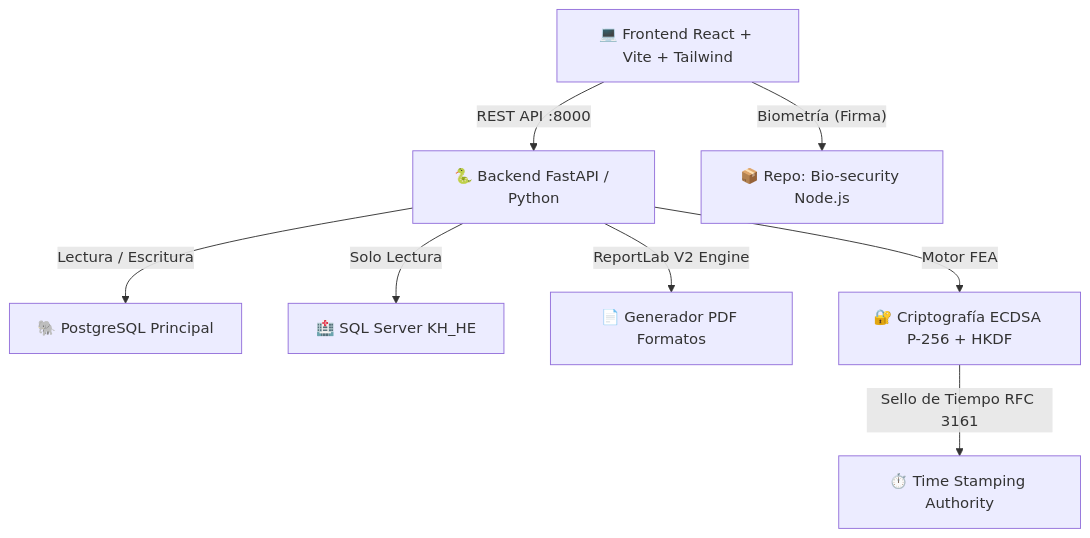
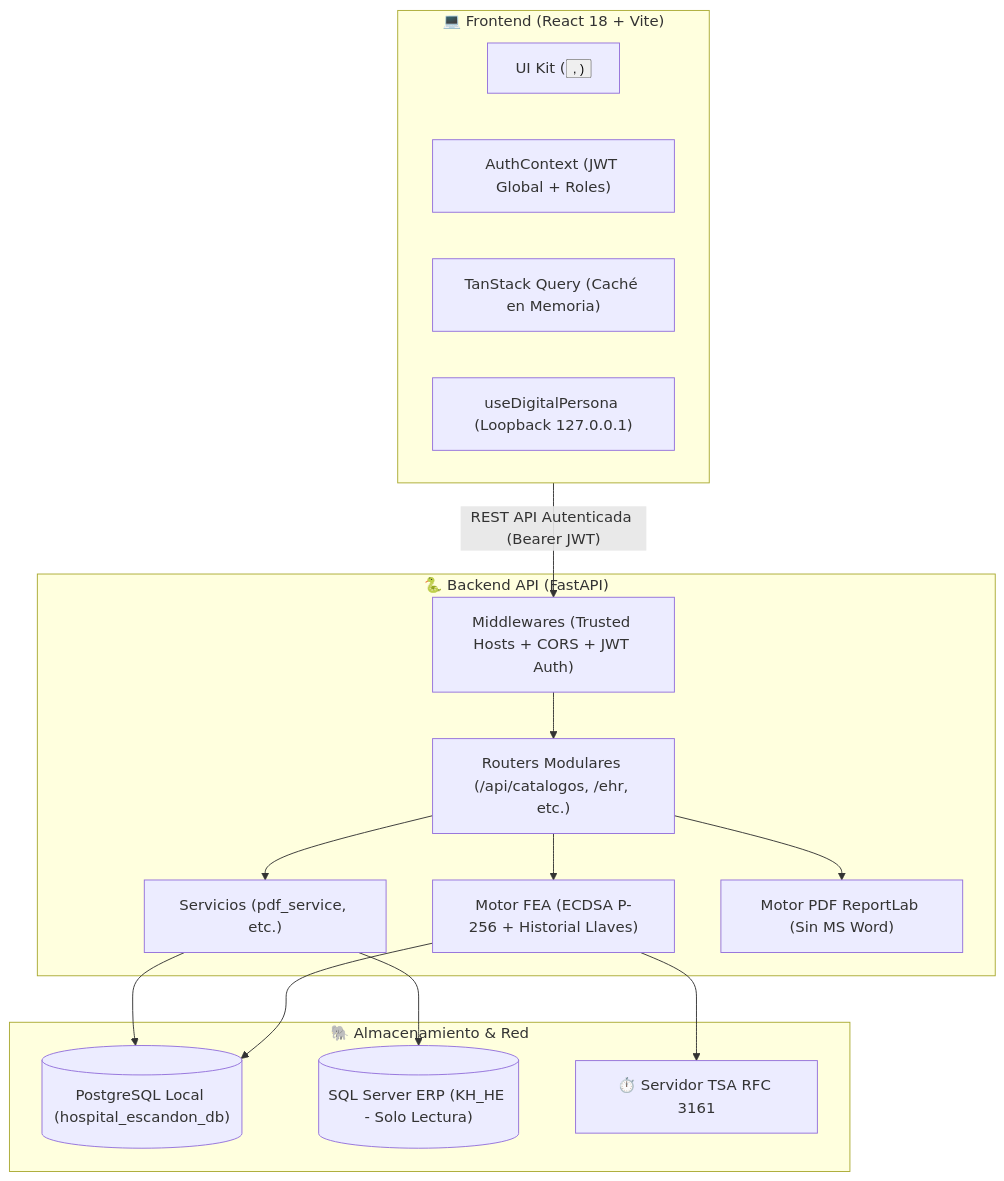
Before and after one commit to TeruIshijo1/Bit-cora-M-dica: the diagram in README.md, drawn with Mermaid. The commit also changed other lines of this file and 31 other files, not shown here.

Commit message:
feat(core): refactorizacion arquitectonica integral, seguridad FEA NOM-024, TanStack Query y optimizacion multiplataforma

````diff
--- a/README.md
+++ b/README.md
@@ -22,10 +23,33 @@
 ```mermaid
 graph TD
-    Client["💻 Frontend React + Vite + Tailwind"] -->|"REST API :8000"| Backend["🐍 Backend FastAPI / Python"]
-    Client -->|"Biometría (Firma)"| BiometricSvc["📦 Repo: Bio-security Node.js"]
-    Backend -->|"Lectura / Escritura"| Postgres["🐘 PostgreSQL Principal"]
-    Backend -->|"Solo Lectura"| SQLServer["🏥 SQL Server KH_HE"]
-    Backend -->|"ReportLab V2 Engine"| PDFGen["📄 Generador PDF Formatos"]
-    Backend -->|"Motor FEA"| Crypto["🔐 Criptografía ECDSA P-256 + HKDF"]
-    Crypto -->|"Sello de Tiempo RFC 3161"| TSA["⏱️ Time Stamping Authority"]
+    subgraph Frontend ["💻 Frontend (React 18 + Vite)"]
+        UI["UI Kit (<Button />, <AlertBanner />)"]
+        AuthCtx["AuthContext (JWT Global + Roles)"]
+        ReactQuery["TanStack Query (Caché en Memoria)"]
+        BioHook["useDigitalPersona (Loopback 127.0.0.1)"]
+    end
+
+    subgraph Backend ["🐍 Backend API (FastAPI)"]
+        Gate["Middlewares (Trusted Hosts + CORS + JWT Auth)"]
+        Routers["Routers Modulares (/api/catalogos, /ehr, etc.)"]
+        Services["Servicios (pdf_service, etc.)"]
+        CryptoFEA["Motor FEA (ECDSA P-256 + Historial Llaves)"]
+        ReportLab["Motor PDF ReportLab (Sin MS Word)"]
+    end
+
+    subgraph Storage ["🐘 Almacenamiento & Red"]
+        Postgres[("PostgreSQL Local (hospital_escandon_db)")]
+        SQLServer[("SQL Server ERP (KH_HE - Solo Lectura)")]
+        TSA["⏱️ Servidor TSA RFC 3161"]
+    end
+
+    Frontend -->|"REST API Autenticada (Bearer JWT)"| Gate
+    Gate --> Routers
+    Routers --> Services
+    Routers --> CryptoFEA
+    Routers --> ReportLab
+    Services --> Postgres
+    Services --> SQLServer
+    CryptoFEA --> Postgres
+    CryptoFEA --> TSA
 ```
````
